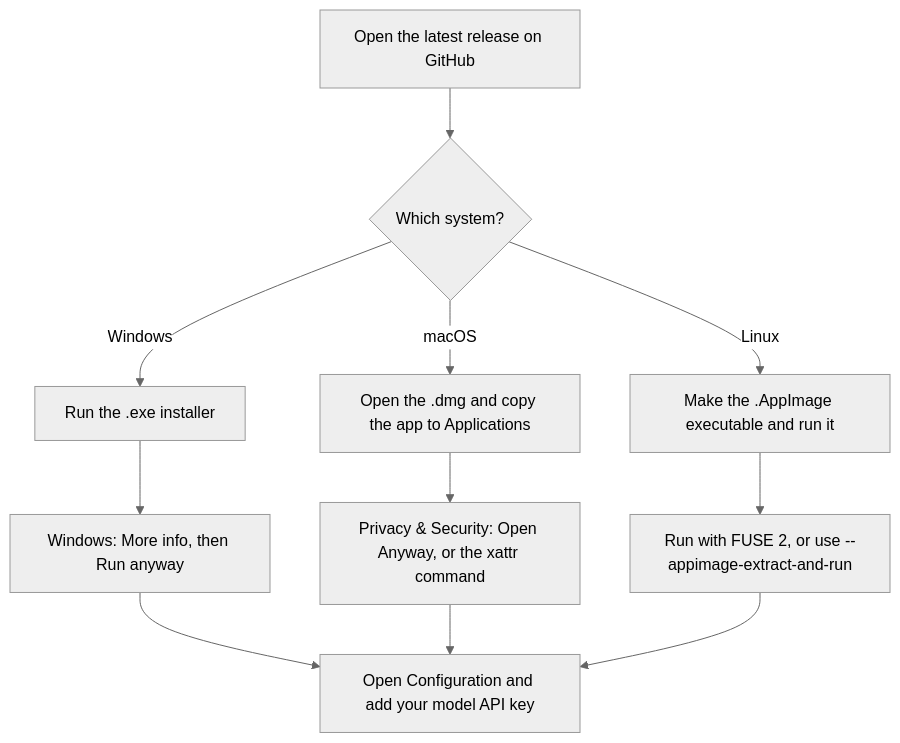
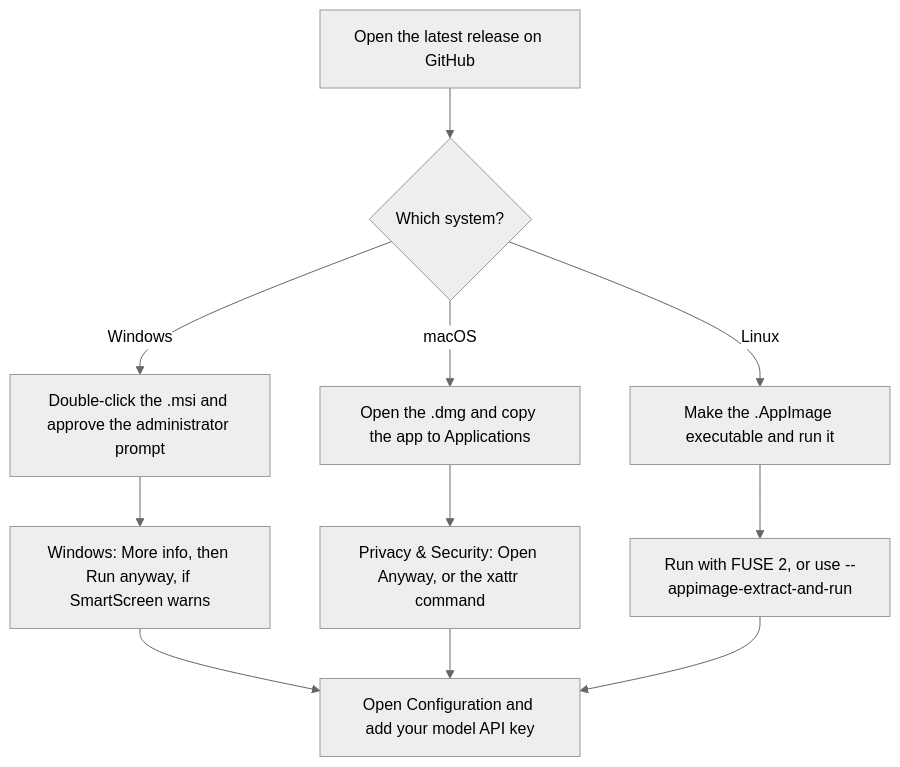
Before and after one commit to sarveshtalele/maf-harness-testing: the first of 2 diagrams in docs/USER_GUIDE.md, drawn with Mermaid (neutral theme). The commit also changed other lines of this file and 12 other files, not shown here.

First line of the commit message:
feat(desktop): ship the Windows installer as a per-machine MSI

````diff
--- a/docs/USER_GUIDE.md
+++ b/docs/USER_GUIDE.md
@@ -36,13 +36,13 @@
 ```mermaid
 flowchart TD
   A["Open the latest release on GitHub"] --> B{"Which system?"}
-  B -->|Windows| C["Run the .exe installer"]
+  B -->|Windows| C["Double-click the .msi and approve the administrator prompt"]
   B -->|macOS| D["Open the .dmg and copy the app to Applications"]
   B -->|Linux| E["Make the .AppImage executable and run it"]
-  C --> F["Windows: More info, then Run anyway"]
+  C --> F["Windows: More info, then Run anyway, if SmartScreen warns"]
   D --> G["Privacy & Security: Open Anyway, or the xattr command"]
   E --> H["Run with FUSE 2, or use --appimage-extract-and-run"]
   F --> I["Open Configuration and add your model API key"]
   G --> I
   H --> I
 ```
````
